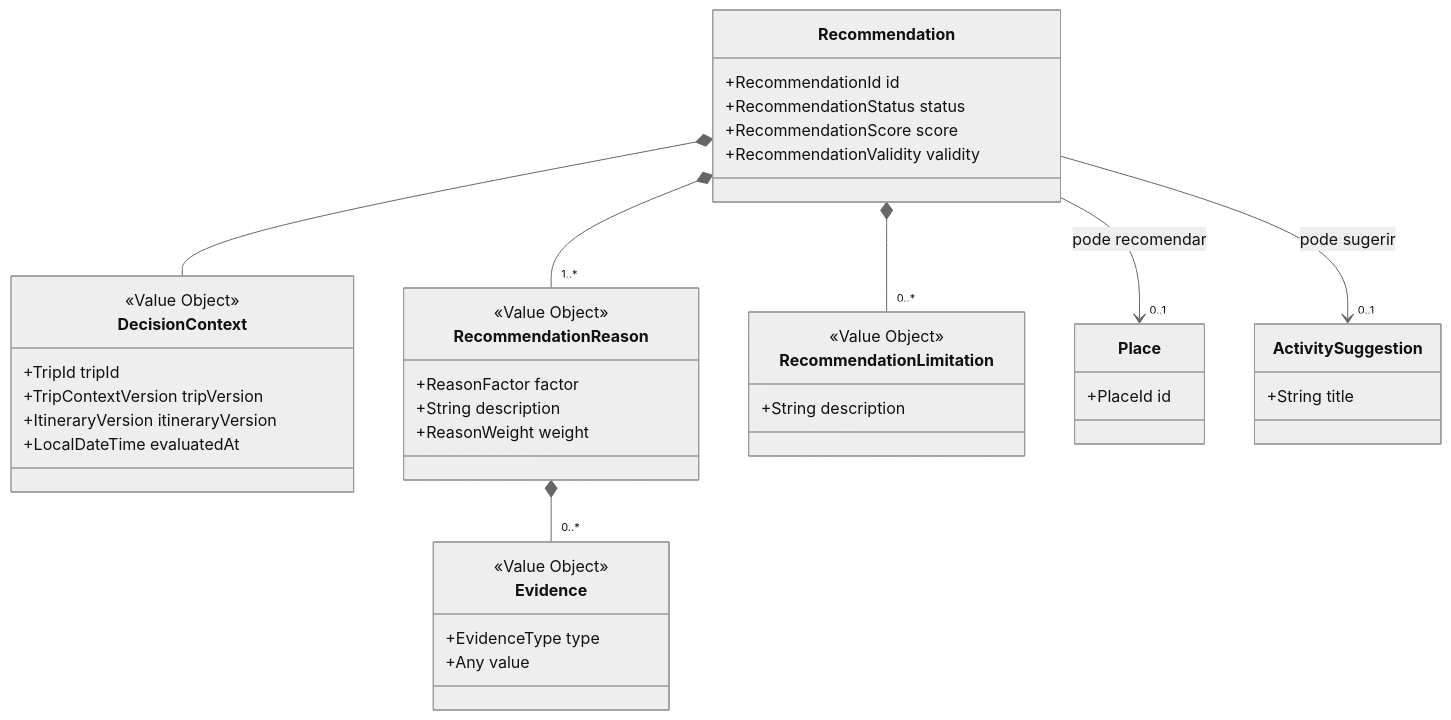
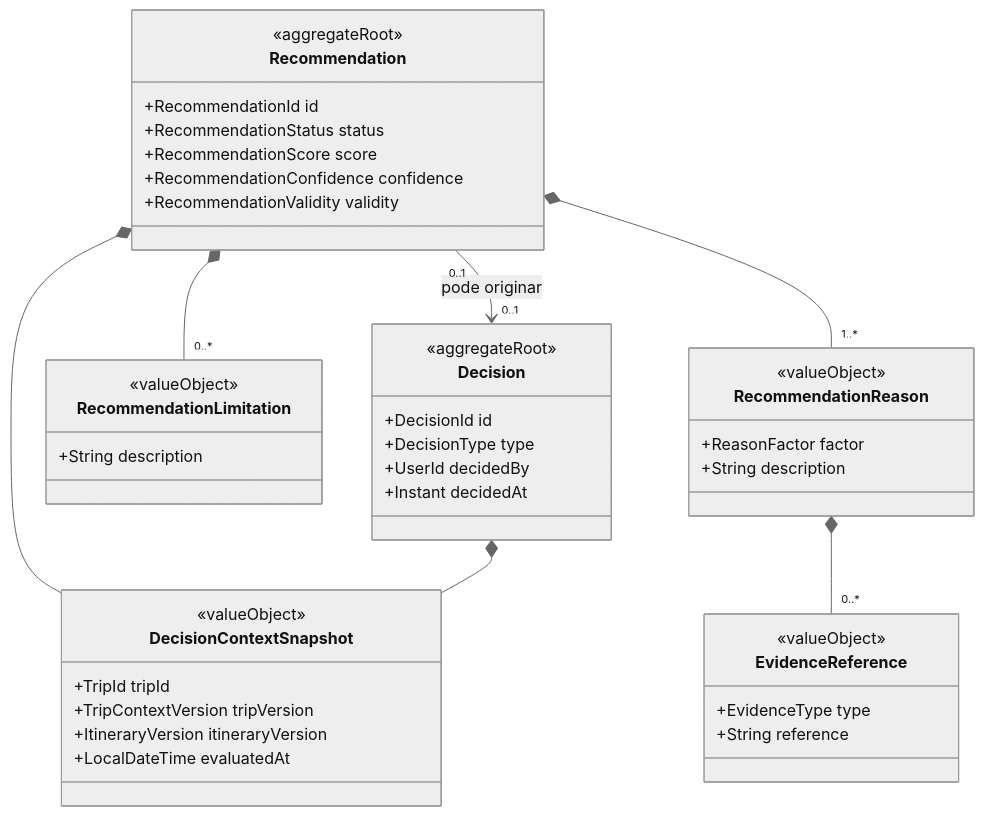
Diagram 13 of 17 in docs/domain/domain-model.md (collapsy/Routebook), drawn with Mermaid (neutral theme) before and after one commit. The commit also changed other lines of this file and 1 other file, not shown here.

````diff
--- a/docs/domain/domain-model.md
+++ b/docs/domain/domain-model.md
@@ -2744,50 +2161,51 @@
-```mermaid id="g4u08j"
+```mermaid
 classDiagram
     class Recommendation {
+        <<aggregateRoot>>
         +RecommendationId id
         +RecommendationStatus status
         +RecommendationScore score
+        +RecommendationConfidence confidence
         +RecommendationValidity validity
     }
 
-    class DecisionContext {
-        <<Value Object>>
+    class DecisionContextSnapshot {
+        <<valueObject>>
         +TripId tripId
         +TripContextVersion tripVersion
         +ItineraryVersion itineraryVersion
         +LocalDateTime evaluatedAt
     }
 
     class RecommendationReason {
-        <<Value Object>>
+        <<valueObject>>
         +ReasonFactor factor
         +String description
-        +ReasonWeight weight
     }
 
-    class Evidence {
-        <<Value Object>>
+    class EvidenceReference {
+        <<valueObject>>
         +EvidenceType type
-        +Any value
+        +String reference
     }
 
     class RecommendationLimitation {
-        <<Value Object>>
+        <<valueObject>>
         +String description
     }
 
-    class Place {
-        +PlaceId id
+    class Decision {
+        <<aggregateRoot>>
+        +DecisionId id
+        +DecisionType type
+        +UserId decidedBy
+        +Instant decidedAt
     }
 
-    class ActivitySuggestion {
-        +String title
-    }
-
-    Recommendation *-- DecisionContext
+    Recommendation *-- DecisionContextSnapshot
     Recommendation *-- "1..*" RecommendationReason
-    RecommendationReason *-- "0..*" Evidence
+    RecommendationReason *-- "0..*" EvidenceReference
     Recommendation *-- "0..*" RecommendationLimitation
-    Recommendation --> "0..1" Place : pode recomendar
-    Recommendation --> "0..1" ActivitySuggestion : pode sugerir
+    Recommendation "0..1" --> "0..1" Decision : pode originar
+    Decision *-- DecisionContextSnapshot
 ```
````
